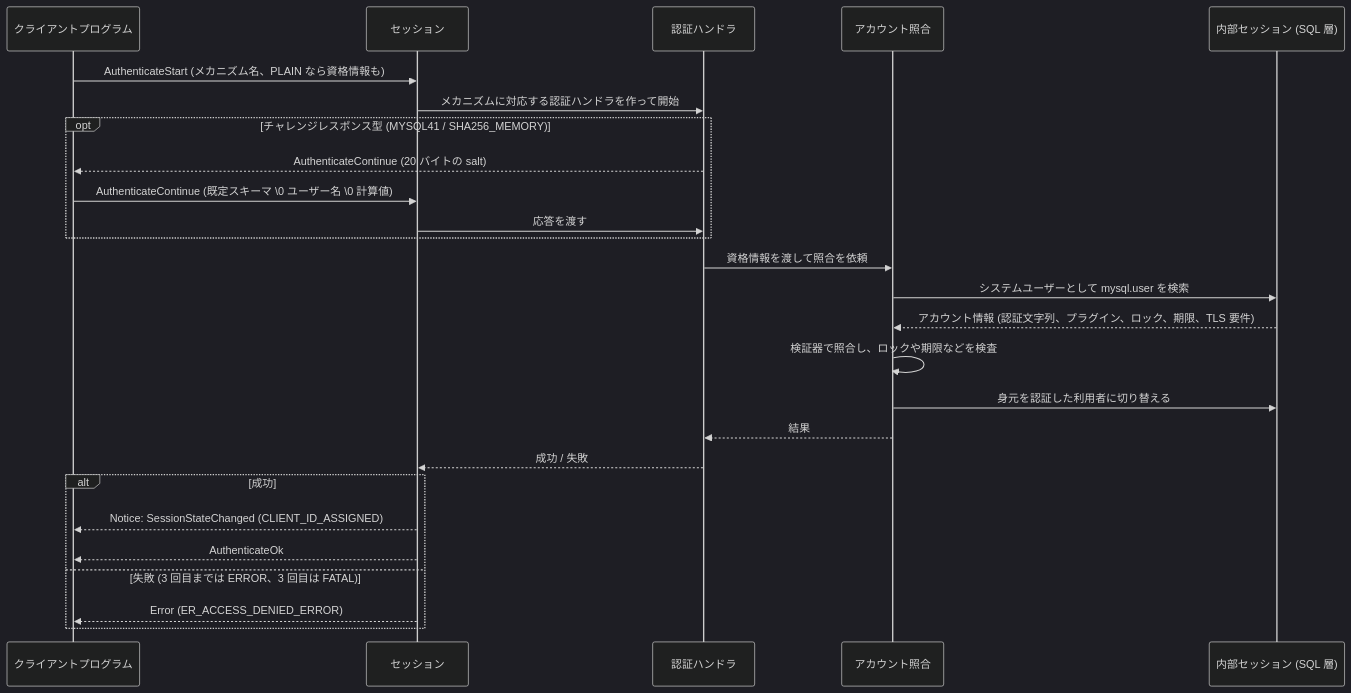
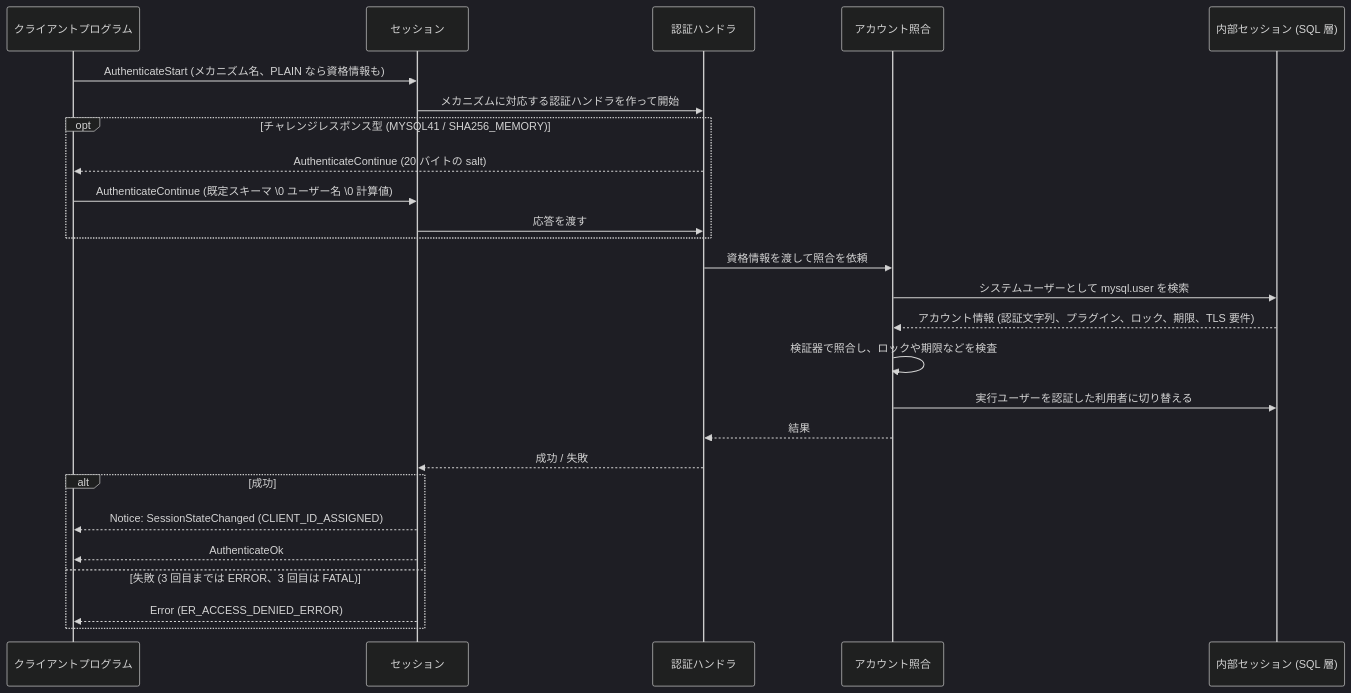
One commit to ren-yamanashi/minesql changed the diagram in docs/specification/connection/authentication.md. Above: the diagram before and after it, drawn with Mermaid (dark theme). The commit also changed other lines of this file and 5 other files, not shown here.

````diff
--- a/docs/specification/connection/authentication.md
+++ b/docs/specification/connection/authentication.md
@@ -66,28 +66,28 @@
 ```mermaid
 sequenceDiagram
     participant C as クライアントプログラム
     participant S as セッション
     participant A as 認証ハンドラ
     participant V as アカウント照合
     participant I as 内部セッション (SQL 層)
     C->>S: AuthenticateStart (メカニズム名、PLAIN なら資格情報も)
     S->>A: メカニズムに対応する認証ハンドラを作って開始
     opt チャレンジレスポンス型 (MYSQL41 / SHA256_MEMORY)
         A-->>C: AuthenticateContinue (20 バイトの salt)
         C->>S: AuthenticateContinue (既定スキーマ \0 ユーザー名 \0 計算値)
         S->>A: 応答を渡す
     end
     A->>V: 資格情報を渡して照合を依頼
     V->>I: システムユーザーとして mysql.user を検索
     I-->>V: アカウント情報 (認証文字列、プラグイン、ロック、期限、TLS 要件)
     V->>V: 検証器で照合し、ロックや期限などを検査
-    V->>I: 身元を認証した利用者に切り替える
+    V->>I: 実行ユーザーを認証した利用者に切り替える
     V-->>A: 結果
     A-->>S: 成功 / 失敗
     alt 成功
         S-->>C: Notice: SessionStateChanged (CLIENT_ID_ASSIGNED)
         S-->>C: AuthenticateOk
     else 失敗 (3 回目までは ERROR、3 回目は FATAL)
         S-->>C: Error (ER_ACCESS_DENIED_ERROR)
     end
 ```
````
